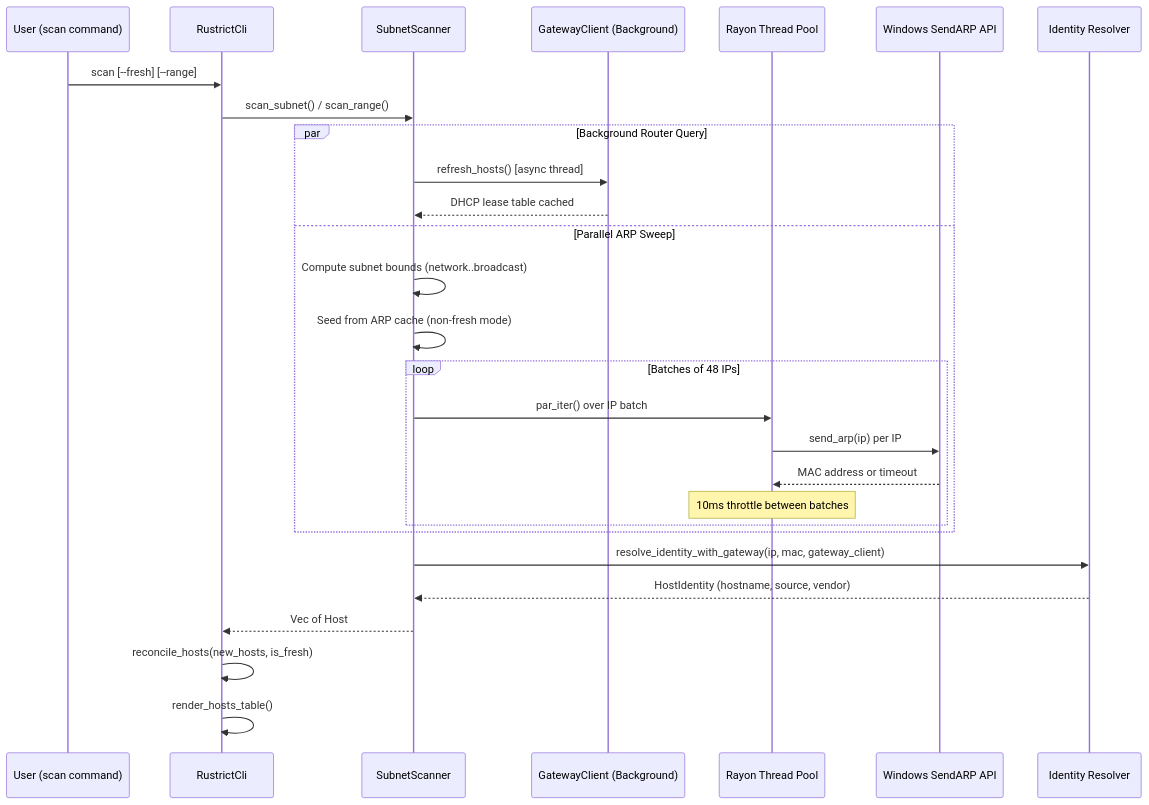
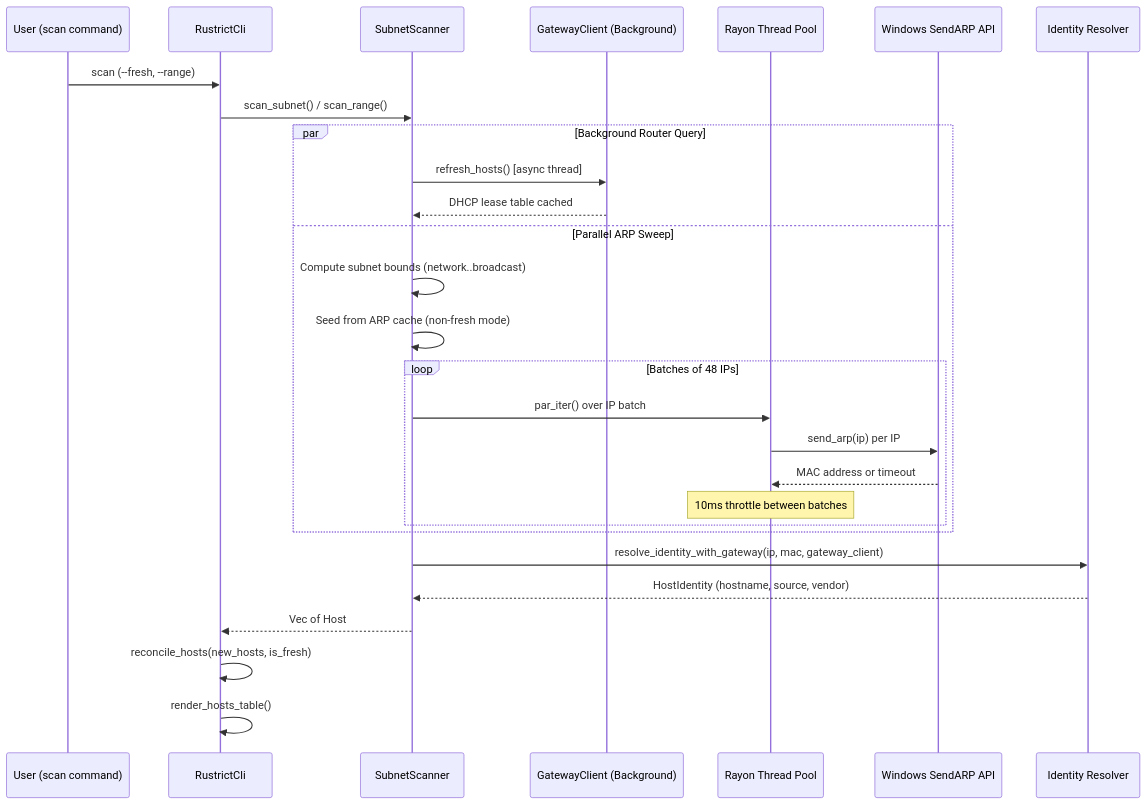
The third of 11 diagrams in README.md (Neutron-0/Rustrict), drawn with Mermaid before and after one commit. The commit also changed other lines of this file and 20 other files, not shown here.

````diff
--- a/README.md
+++ b/README.md
@@ -229,33 +228,33 @@
 ```mermaid
 sequenceDiagram
     participant User as User (scan command)
     participant CLI as RustrictCli
     participant Scanner as SubnetScanner
     participant GW as GatewayClient (Background)
     participant Rayon as Rayon Thread Pool
     participant Kernel as Windows SendARP API
     participant Resolver as Identity Resolver
 
-    User->>CLI: scan [--fresh] [--range]
+    User->>CLI: scan (--fresh, --range)
     CLI->>Scanner: scan_subnet() / scan_range()
 
     par Background Router Query
         Scanner->>GW: refresh_hosts() [async thread]
         GW-->>Scanner: DHCP lease table cached
     and Parallel ARP Sweep
         Scanner->>Scanner: Compute subnet bounds (network..broadcast)
         Scanner->>Scanner: Seed from ARP cache (non-fresh mode)
         loop Batches of 48 IPs
             Scanner->>Rayon: par_iter() over IP batch
             Rayon->>Kernel: send_arp(ip) per IP
             Kernel-->>Rayon: MAC address or timeout
             Note over Rayon: 10ms throttle between batches
         end
     end
 
     Scanner->>Resolver: resolve_identity_with_gateway(ip, mac, gateway_client)
     Resolver-->>Scanner: HostIdentity (hostname, source, vendor)
     Scanner-->>CLI: Vec of Host
     CLI->>CLI: reconcile_hosts(new_hosts, is_fresh)
     CLI->>CLI: render_hosts_table()
 ```
````
